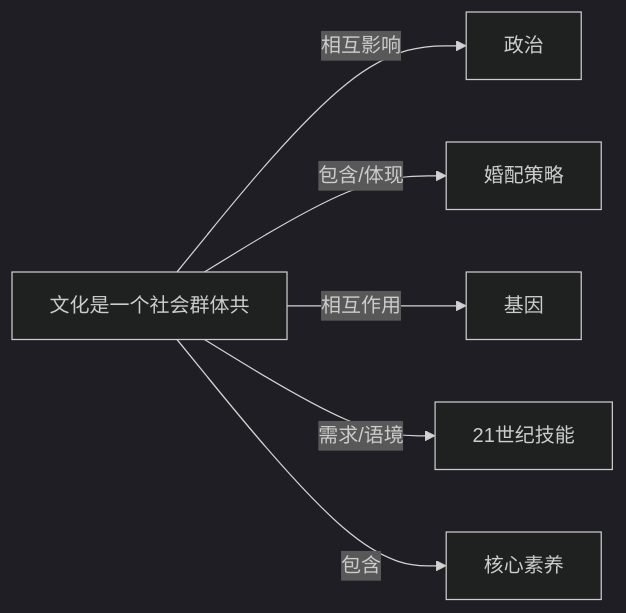
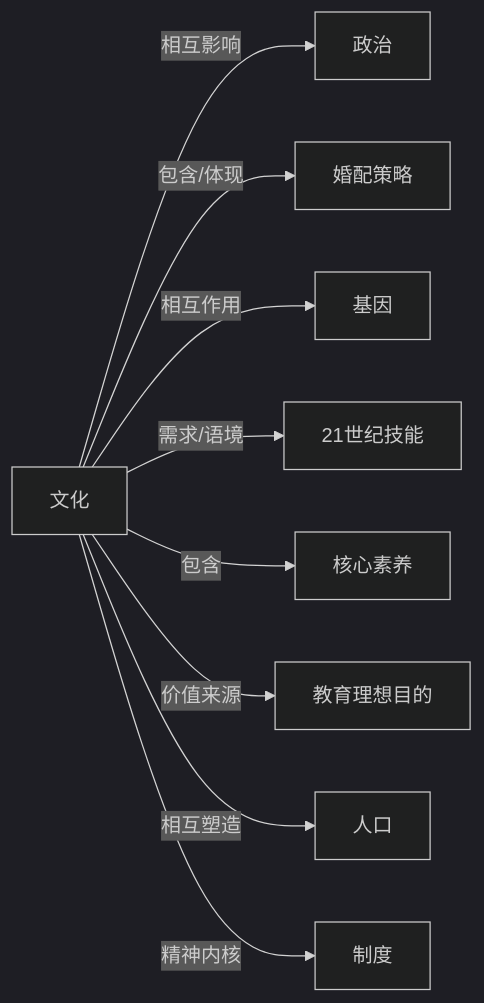
One commit to KIMMCHOW/MyKnowledge changed the diagram in Knowledge/Concepts/人类学/文化.md. Above: the diagram before and after it, drawn with Mermaid (dark theme). The commit also changed 96 other files, not shown here.

Commit message:
fix: 修复概念页关系图节点并补齐缺失关联

````diff
--- a/Knowledge/Concepts/人类学/文化.md
+++ b/Knowledge/Concepts/人类学/文化.md
@@ -49,8 +49,11 @@
 ```mermaid
 graph LR
-    文化是一个社会群体共 -->|相互影响| 政治
-    文化是一个社会群体共 -->|包含/体现| 婚配策略
-    文化是一个社会群体共 -->|相互作用| 基因
-    文化是一个社会群体共 -->|需求/语境| 21世纪技能
-    文化是一个社会群体共 -->|包含| 核心素养
+文化 -->|相互影响| 政治
+文化 -->|包含/体现| 婚配策略
+文化 -->|相互作用| 基因
+文化 -->|需求/语境| 21世纪技能
+文化 -->|包含| 核心素养
+文化 -->|价值来源| 教育理想目的
+文化 -->|相互塑造| 人口
+文化 -->|精神内核| 制度
 ```
````
